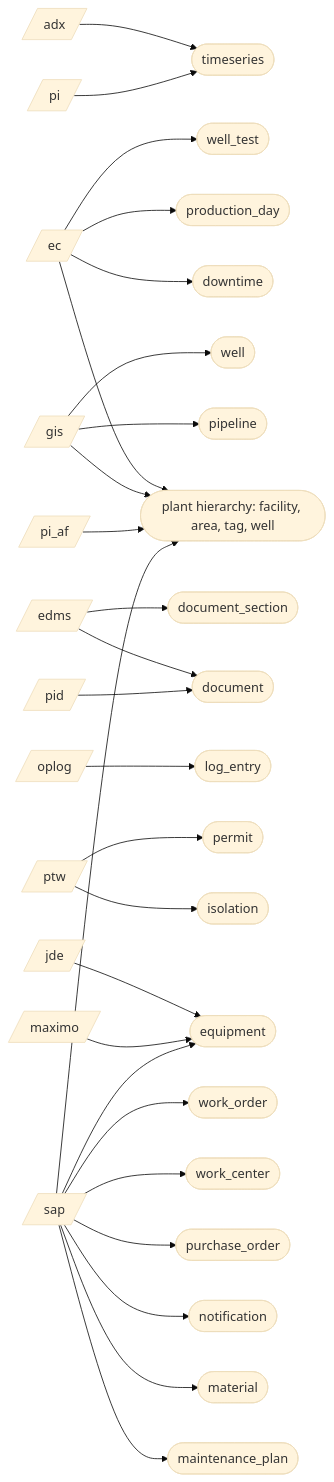
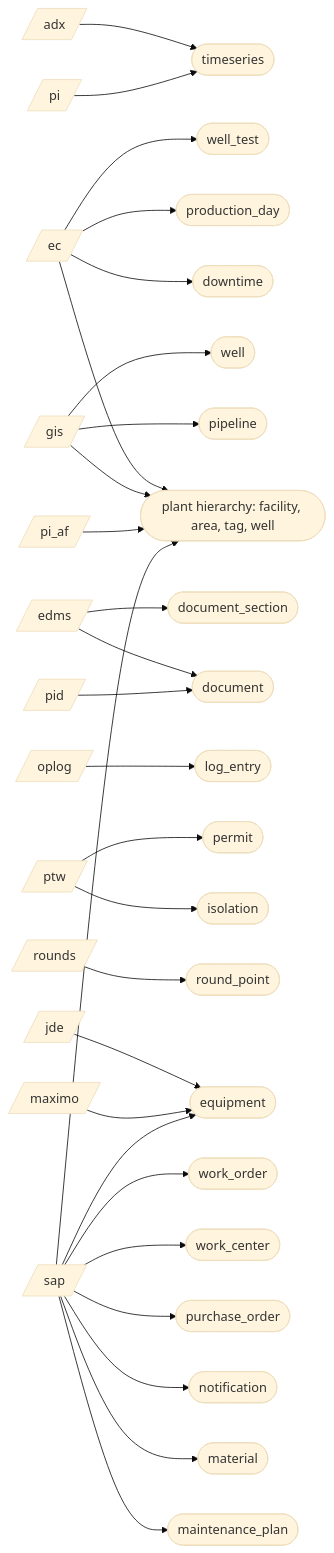
The second of 3 diagrams in docs/architecture.md (areed145/fuzer), drawn with Mermaid (base theme) before and after one commit. The commit also changed other lines of this file and 1 other file, not shown here.

First line of the commit message:
The loop's field-job fixture and reference docs after rounds

````diff
--- a/docs/architecture.md
+++ b/docs/architecture.md
@@ -79,60 +79,63 @@
 ```mermaid
 flowchart LR
   src_adx[/"adx"/]
   src_ec[/"ec"/]
   src_edms[/"edms"/]
   src_gis[/"gis"/]
   src_jde[/"jde"/]
   src_maximo[/"maximo"/]
   src_oplog[/"oplog"/]
   src_pi[/"pi"/]
   src_pi_af[/"pi_af"/]
   src_pid[/"pid"/]
   src_ptw[/"ptw"/]
+  src_rounds[/"rounds"/]
   src_sap[/"sap"/]
   kind_document(["document"])
   kind_document_section(["document_section"])
   kind_downtime(["downtime"])
   kind_equipment(["equipment"])
   kind_isolation(["isolation"])
   kind_log_entry(["log_entry"])
   kind_maintenance_plan(["maintenance_plan"])
   kind_material(["material"])
   kind_notification(["notification"])
   kind_permit(["permit"])
   kind_pipeline(["pipeline"])
   kind_plant_hierarchy__facility__area__tag__well(["plant hierarchy: facility, area, tag, well"])
   kind_production_day(["production_day"])
   kind_purchase_order(["purchase_order"])
+  kind_round_point(["round_point"])
   kind_timeseries(["timeseries"])
   kind_well(["well"])
   kind_well_test(["well_test"])
   kind_work_center(["work_center"])
   kind_work_order(["work_order"])
   src_adx --> kind_timeseries
   src_ec --> kind_downtime
   src_ec --> kind_plant_hierarchy__facility__area__tag__well
   src_ec --> kind_production_day
   src_ec --> kind_well_test
   src_edms --> kind_document
   src_edms --> kind_document_section
   src_gis --> kind_pipeline
   src_gis --> kind_plant_hierarchy__facility__area__tag__well
   src_gis --> kind_well
   src_jde --> kind_equipment
   src_maximo --> kind_equipment
   src_oplog --> kind_log_entry
   src_pi --> kind_timeseries
   src_pi_af --> kind_plant_hierarchy__facility__area__tag__well
   src_pid --> kind_document
   src_ptw --> kind_isolation
   src_ptw --> kind_permit
+  src_rounds --> kind_round_point
   src_sap --> kind_equipment
   src_sap --> kind_maintenance_plan
   src_sap --> kind_material
   src_sap --> kind_notification
   src_sap --> kind_plant_hierarchy__facility__area__tag__well
   src_sap --> kind_purchase_order
   src_sap --> kind_work_center
   src_sap --> kind_work_order
 ```
````
